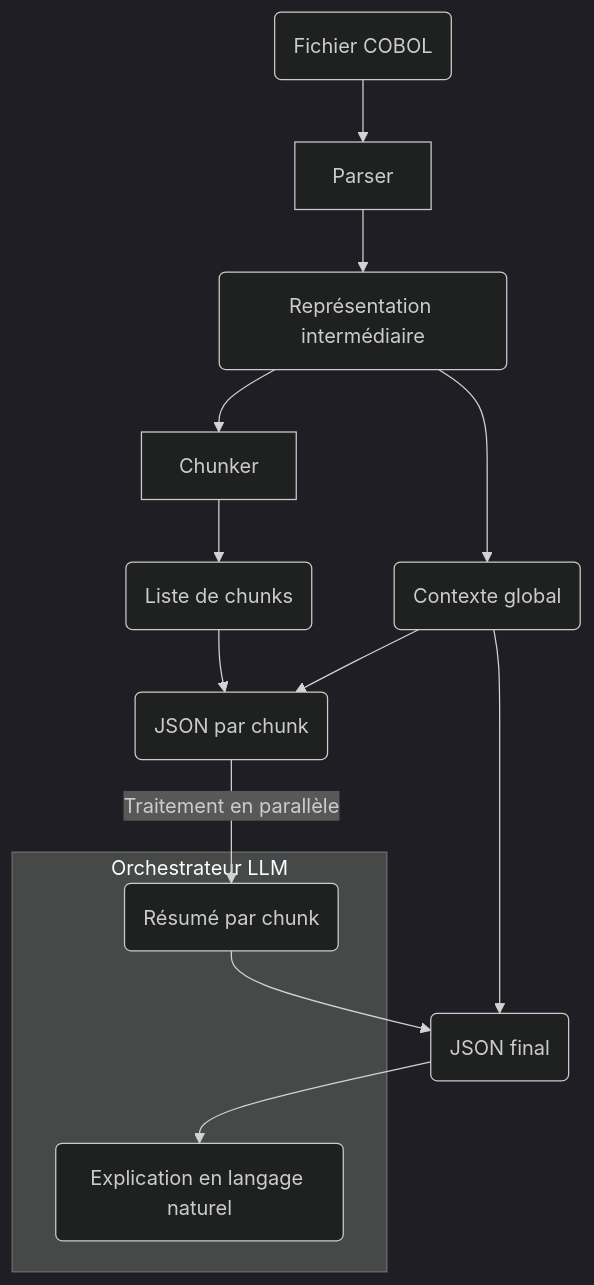
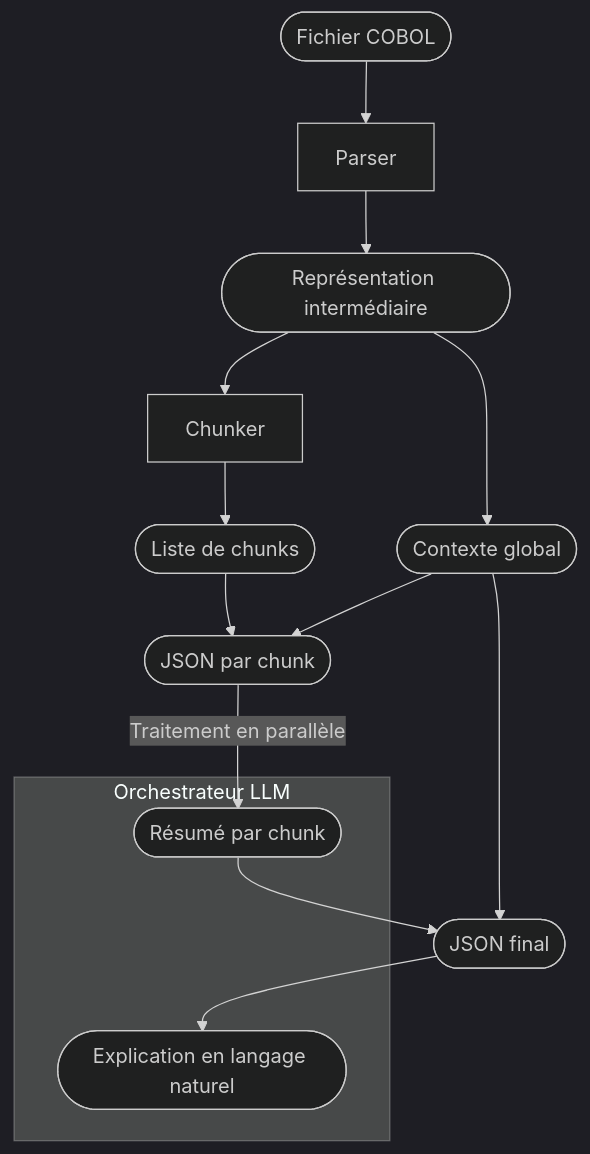
Before and after one commit to Decobolizator/documentation: the diagram in architecture/functional-architecture.md, drawn with Mermaid (dark theme). The commit also changed 2 other files, not shown here.

Commit message:
fix(docs): diagram details

````diff
--- a/architecture/functional-architecture.md
+++ b/architecture/functional-architecture.md
@@ -4,17 +4,17 @@
 ```mermaid
 flowchart TB
-    COBOL(Fichier COBOL)-->Parser-->RI
-    RI("Représentation intermédiaire")
+    COBOL([Fichier COBOL])-->Parser-->RI
+    RI(["Représentation intermédiaire"])
 
     subgraph Orchestrateur["Orchestrateur LLM"]
-        Resume(Résumé par chunk)
+        Resume([Résumé par chunk])
         Output
     end
 
-    RI --> Contexte(Contexte global)
-    RI --> Chunker -->LC(Liste de chunks) --> JsonC(JSON par chunk)--"Traitement en parallèle"--> Resume --> JSONF(JSON final)--> Output
+    RI --> Contexte([Contexte global])
+    RI --> Chunker -->LC([Liste de chunks]) --> JsonC([JSON par chunk])--"Traitement en parallèle"--> Resume --> JSONF([JSON final])--> Output
 
-    Output(Explication en langage naturel)
+    Output([Explication en langage naturel])
 
     Contexte --> JSONF & JsonC
 ```
````
